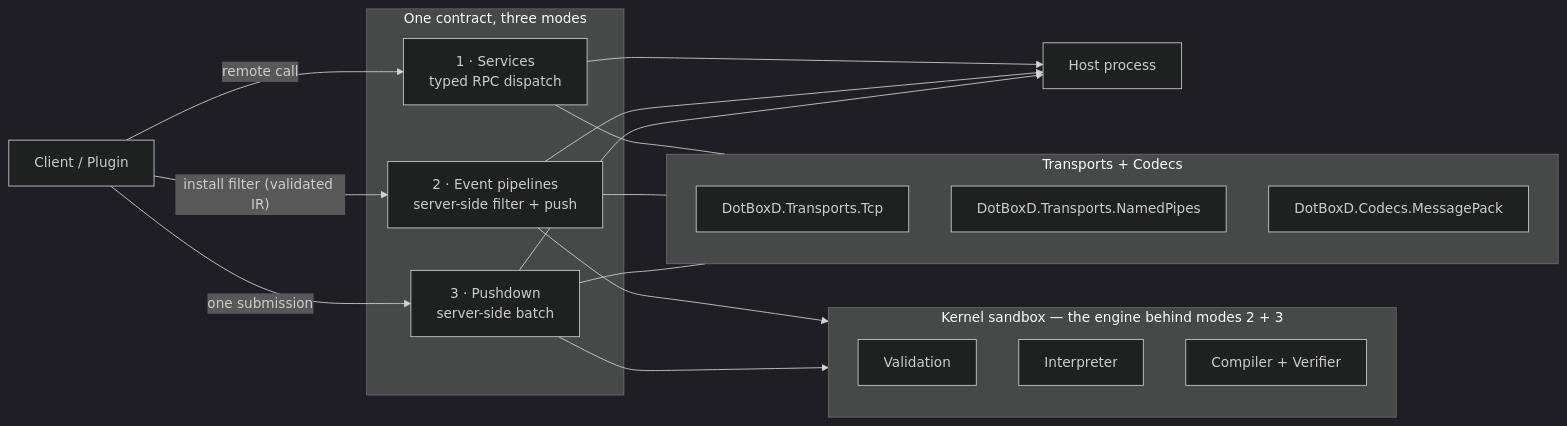
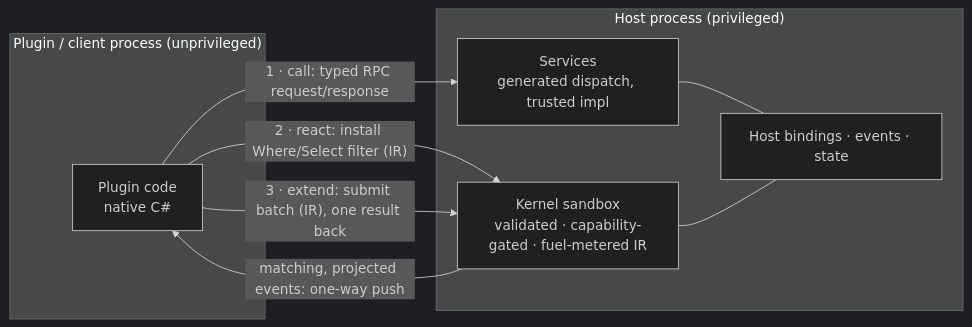
One commit to JKamsker/DotBoxD changed the diagram in README.md. Above: the diagram before and after it, drawn with Mermaid (dark theme). The commit also changed other lines of this file and 12 other files, not shown here.

````diff
--- a/README.md
+++ b/README.md
@@ -263,38 +178,19 @@
 ```mermaid
 flowchart LR
-    Client["Client / Plugin"]
-    Host["Host process"]
-
-    subgraph Modes["One contract, three modes"]
-        Services["1 · Services<br/>typed RPC dispatch"]
-        Events["2 · Event pipelines<br/>server-side filter + push"]
-        Pushdown["3 · Pushdown<br/>server-side batch"]
+    subgraph PluginProc["Plugin / client process (unprivileged)"]
+        Plugin["Plugin code<br/>native C#"]
     end
 
-    Client -->|"remote call"| Services
-    Client -->|"install filter (validated IR)"| Events
-    Client -->|"one submission"| Pushdown
-
-    Services --> Host
-    Events --> Host
-    Pushdown --> Host
-
-    subgraph Channels["Transports + Codecs"]
-        Tcp["DotBoxD.Transports.Tcp"]
-        Pipes["DotBoxD.Transports.NamedPipes"]
-        MsgPack["DotBoxD.Codecs.MessagePack"]
+    subgraph HostProc["Host process (privileged)"]
+        Services["Services<br/>generated dispatch, trusted impl"]
+        Sandbox["Kernel sandbox<br/>validated · capability-gated · fuel-metered IR"]
+        HostState["Host bindings · events · state"]
+        Services --- HostState
+        Sandbox --- HostState
     end
 
-    Services --- Channels
-    Events --- Channels
-    Pushdown --- Channels
-
-    subgraph Runtime["Kernel sandbox — the engine behind modes 2 + 3"]
-        Validation["Validation"]
-        Interp["Interpreter"]
-        Compiler["Compiler + Verifier"]
-    end
-
-    Events --> Runtime
-    Pushdown --> Runtime
+    Plugin -->|"1 · call: typed RPC request/response"| Services
+    Plugin -->|"2 · react: install Where/Select filter (IR)"| Sandbox
+    Sandbox -->|"matching, projected events: one-way push"| Plugin
+    Plugin -->|"3 · extend: submit batch (IR), one result back"| Sandbox
 ```
````
